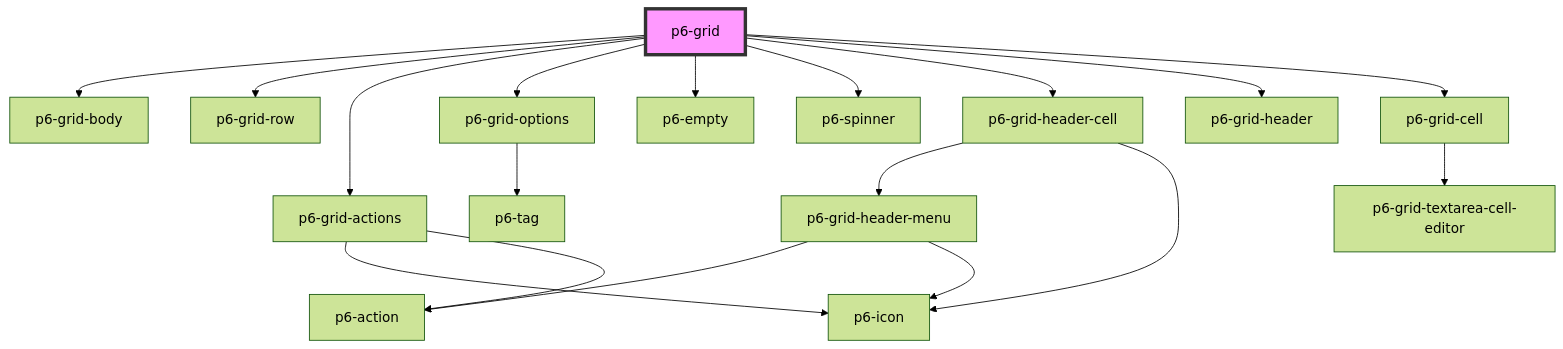
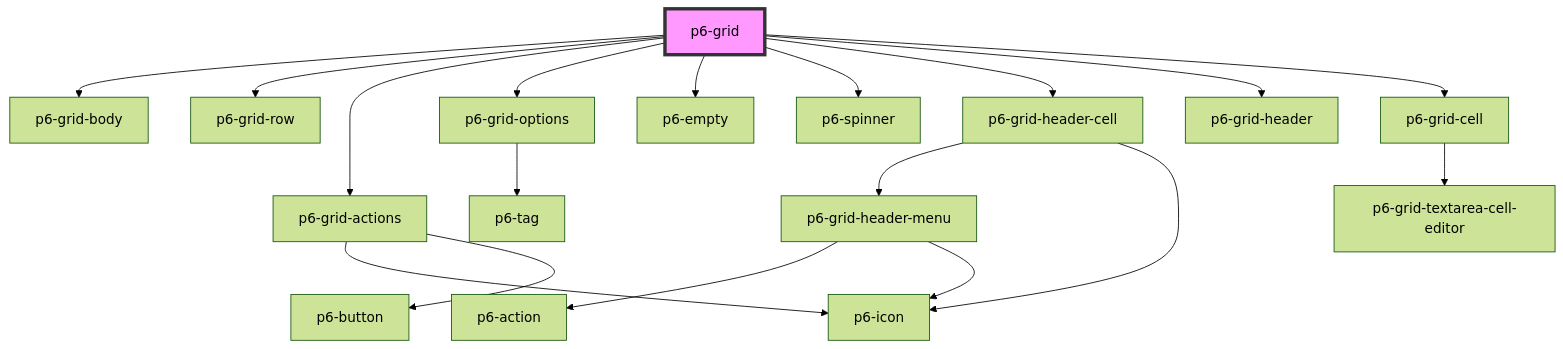
The diagram in src/components/organisms/p6-grid/readme.md (amalto/platform6-ui-components), drawn with Mermaid (forest theme) before and after one commit. The commit also changed 53 other files, not shown here.

````diff
--- a/src/components/organisms/p6-grid/readme.md
+++ b/src/components/organisms/p6-grid/readme.md
@@ -37,21 +37,21 @@
 ```mermaid
 graph TD;
   p6-grid --> p6-grid-body
   p6-grid --> p6-grid-row
   p6-grid --> p6-grid-actions
   p6-grid --> p6-grid-options
   p6-grid --> p6-empty
   p6-grid --> p6-spinner
   p6-grid --> p6-grid-header-cell
   p6-grid --> p6-grid-header
   p6-grid --> p6-grid-cell
   p6-grid-actions --> p6-icon
-  p6-grid-actions --> p6-action
+  p6-grid-actions --> p6-button
   p6-grid-options --> p6-tag
   p6-grid-header-cell --> p6-grid-header-menu
   p6-grid-header-cell --> p6-icon
   p6-grid-header-menu --> p6-action
   p6-grid-header-menu --> p6-icon
   p6-grid-cell --> p6-grid-textarea-cell-editor
   style p6-grid fill:#f9f,stroke:#333,stroke-width:4px
 ```
````
